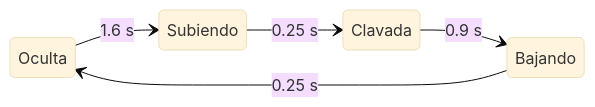
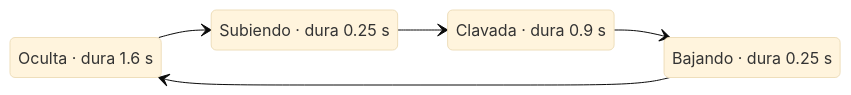
The second of 2 diagrams in docs/Semana04/PRESENTACION.md (aarondevl/DungeonPuzzle), drawn with Mermaid (base theme) before and after one commit. The commit also changed other lines of this file and 2 other files, not shown here.

````diff
--- a/docs/Semana04/PRESENTACION.md
+++ b/docs/Semana04/PRESENTACION.md
@@ -350,8 +354,12 @@
 ```mermaid
 stateDiagram-v2
     direction LR
-    Oculta --> Subiendo: 1.6 s
-    Subiendo --> Clavada: 0.25 s
-    Clavada --> Bajando: 0.9 s
-    Bajando --> Oculta: 0.25 s
+    Oculta: Oculta · dura 1.6 s
+    Subiendo: Subiendo · dura 0.25 s
+    Clavada: Clavada · dura 0.9 s
+    Bajando: Bajando · dura 0.25 s
+    Oculta --> Subiendo
+    Subiendo --> Clavada
+    Clavada --> Bajando
+    Bajando --> Oculta
 ```
````
